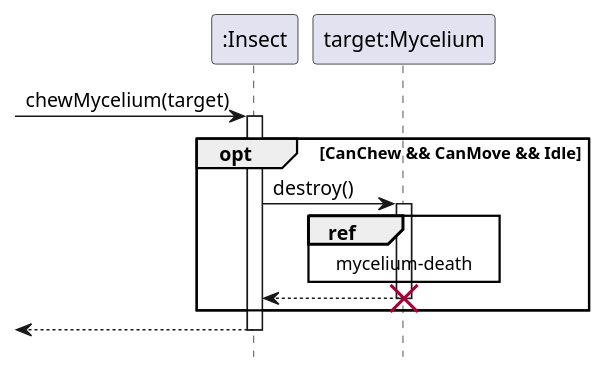
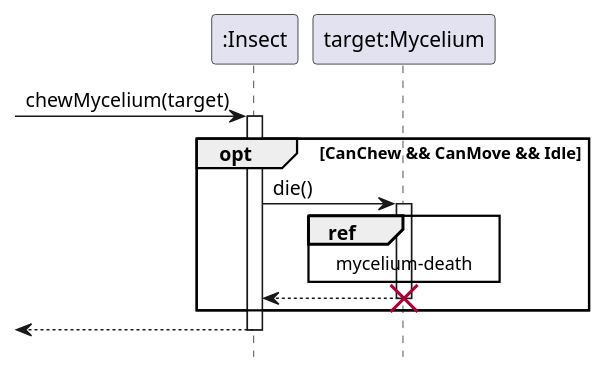
One commit to ZD4ve/projlab-error521 changed the diagram in Insect/chew.pu. Above: the diagram before and after it, drawn with PlantUML. The commit also changed 1 other file, not shown here.

```diff
--- a/Insect/chew.pu
+++ b/Insect/chew.pu
@@ -1,25 +1,25 @@
 @startuml Insect/chew
 hide footbox
 
 participant ":Insect" as insect
 participant "target:Mycelium" as target
 
 -> insect : chewMycelium(target)
 activate insect
 
 opt CanChew && CanMove && Idle
-    insect -> target : destroy()
+    insect -> target : die()
     activate target
 
     ref over target
         mycelium-death
     end ref
 
     return
     destroy target
 end
 
 <-- insect
 deactivate insect
 
 @enduml
```
